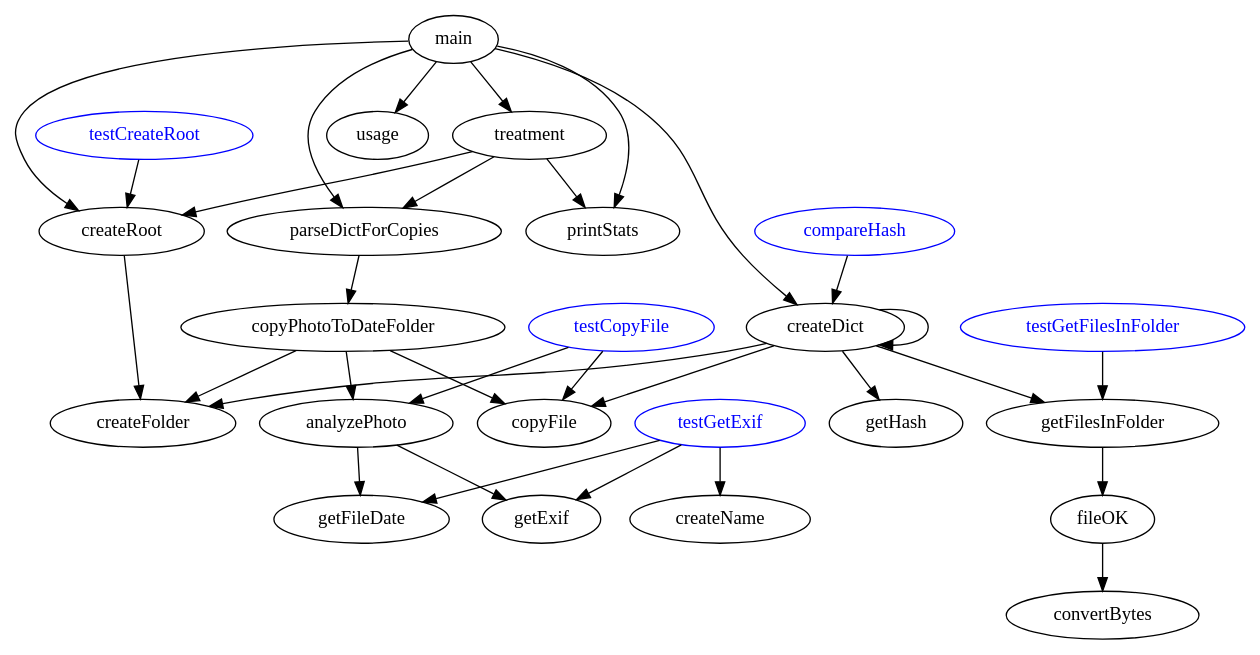
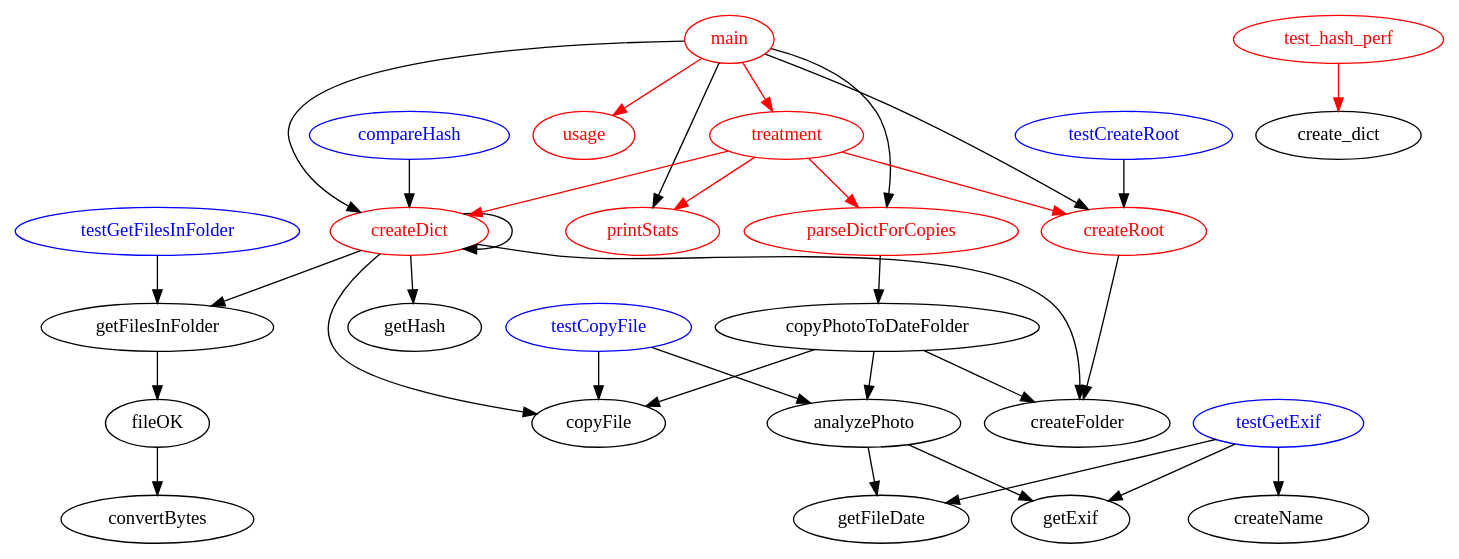
One commit to orey/sorter changed the diagram in sorter.dot. Above: the diagram before and after it, drawn with Graphviz. The commit also changed 2 other files, not shown here.

```diff
--- a/sorter.dot
+++ b/sorter.dot
@@ -1,58 +1,75 @@
 digraph {
 //rankdir="TB";
 main -> createDict
 main -> parseDictForCopies
 main -> printStats
 main -> createRoot
 
 compareHash [color="blue", fontcolor="blue"]
 compareHash -> createDict
 
 parseDictForCopies -> copyPhotoToDateFolder
 copyPhotoToDateFolder -> createFolder
 copyPhotoToDateFolder -> copyFile
 copyPhotoToDateFolder -> analyzePhoto
 
 createDict -> getFilesInFolder
 createDict -> getHash
 createDict -> createFolder
 createDict -> copyFile
 createDict -> createDict
 
 testGetFilesInFolder [color="blue", fontcolor="blue"]
 testGetFilesInFolder -> getFilesInFolder
 getFilesInFolder -> fileOK
 fileOK -> convertBytes
 
 testGetExif [color="blue", fontcolor="blue"]
 testGetExif -> getFileDate
 testGetExif -> getExif
 testGetExif -> createName
 
 testCreateRoot [color="blue", fontcolor="blue"]
 testCreateRoot -> createRoot
 createRoot -> createFolder
 
 testCopyFile [color="blue", fontcolor="blue"]
 testCopyFile -> copyFile
 testCopyFile -> analyzePhoto
 
 analyzePhoto -> getExif
 analyzePhoto -> getFileDate
 
 //new
+main [color="red", fontcolor="red"]
+main -> treatment [color="red"]
 
-main -> treatment
-main -> usage
+usage [color="red", fontcolor="red"]
+main -> usage [color="red"]
 
-treatment -> createRoot
-treatment -> parseDictForCopies
-treatment -> printStats
+treatment [color="red", fontcolor="red"]
+treatment -> createRoot [color="red"]
+createRoot [color="red", fontcolor="red"]
+
+treatment -> createDict [color="red"]
+createDict [color="red", fontcolor="red"]
+
+parseDictForCopies [color="red", fontcolor="red"]
+treatment -> parseDictForCopies [color="red"]
+
+printStats [color="red", fontcolor="red"]
+treatment -> printStats [color="red"]
+
+test_hash_perf [color="red", fontcolor="red"]
+test_hash_perf -> create_dict [color="red"]
+
+create_dict
+
 
 
 //root [label="Rtot\n Jeure", shape="box", color="blue", fontcolor="blue"];
 //cfo [label="Roup CFO\n TBN", shape="box", color="blue", fontcolor="blue"];
 //root -> cfo [arrowhead = "none"];
 //ApplicationService -> BusinessProcess [label="USED_BY_1"];
 //ApplicationInterface -> BusinessRole  [label="USED_BY_2"];
 }
```
